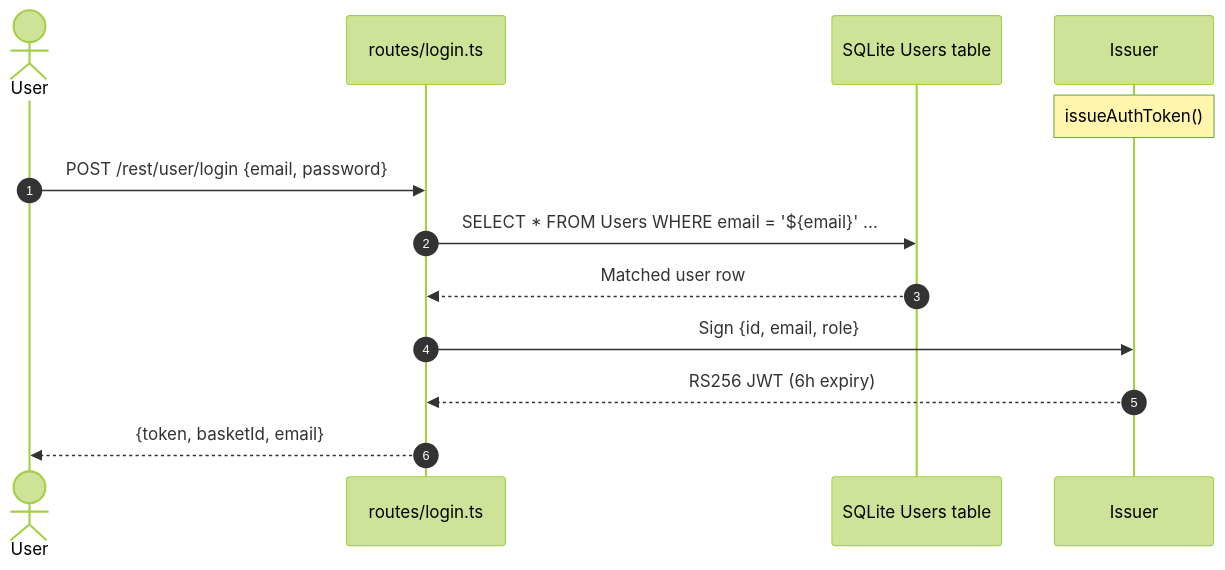
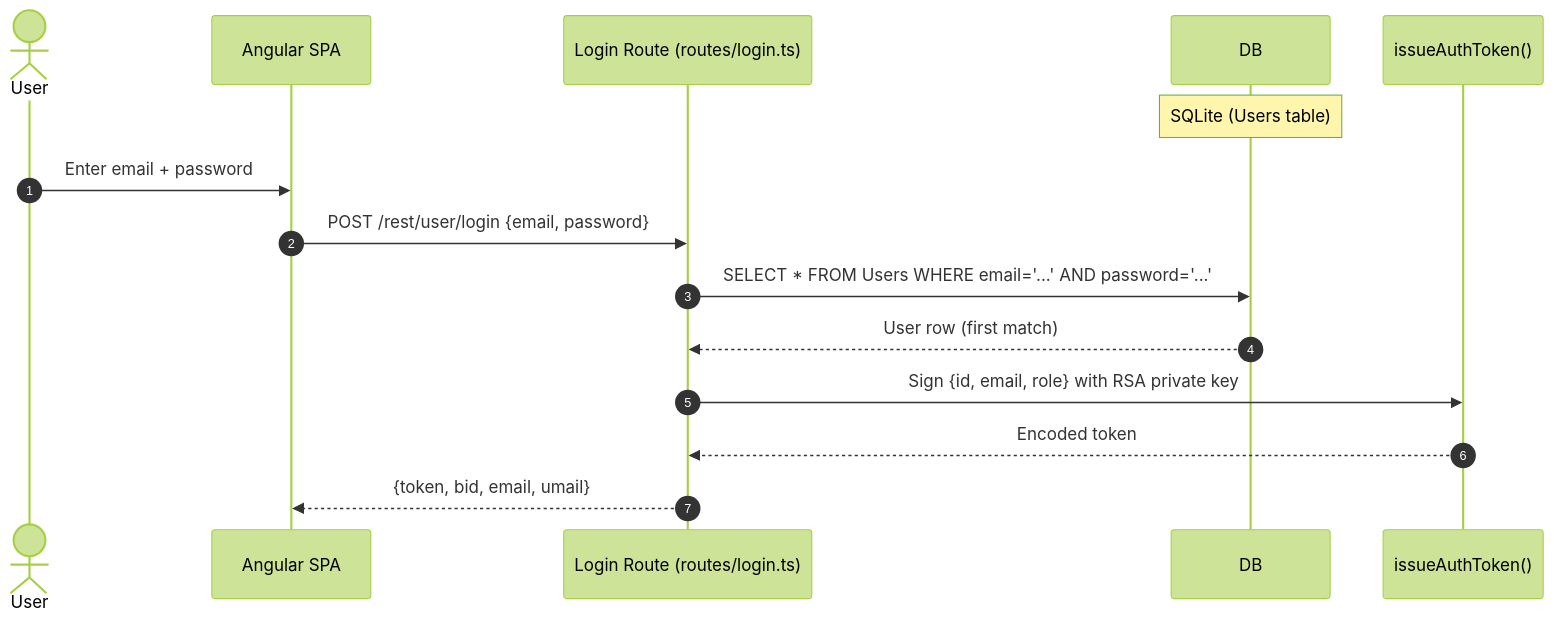
Before and after one commit to appsec-foundry/appsec-advisor: diagram 15 of 18 in examples/threat-modeler/threat-model-juice-shop-standard.md, drawn with Mermaid (forest theme). The commit also changed other lines of this file and 44 other files, not shown here.

````diff
--- a/examples/threat-modeler/threat-model-juice-shop-standard.md
+++ b/examples/threat-modeler/threat-model-juice-shop-standard.md
@@ -914,16 +876,18 @@
 ```mermaid
 sequenceDiagram
     autonumber
     actor User
-    participant API as routes/login.ts
-    participant DB as SQLite Users table
-    participant Issuer
-    Note over Issuer: issueAuthToken()
+    participant SPA as Angular SPA
+    participant API as Login Route (routes/login.ts)
+    participant DB
+    Note over DB: SQLite (Users table)
+    participant JWT as issueAuthToken()
 
-    User->>API: POST /rest/user/login {email, password}
-    API->>DB: SELECT * FROM Users WHERE email = '${email}' ...
-    DB-->>API: Matched user row
-    API->>Issuer: Sign {id, email, role}
-    Issuer-->>API: RS256 JWT (6h expiry)
-    API-->>User: {token, basketId, email}
+    User->>SPA: Enter email + password
+    SPA->>API: POST /rest/user/login {email, password}
+    API->>DB: SELECT * FROM Users WHERE email='...' AND password='...'
+    DB-->>API: User row (first match)
+    API->>JWT: Sign {id, email, role} with RSA private key
+    JWT-->>API: Encoded token
+    API-->>SPA: {token, bid, email, umail}
 ```
````
